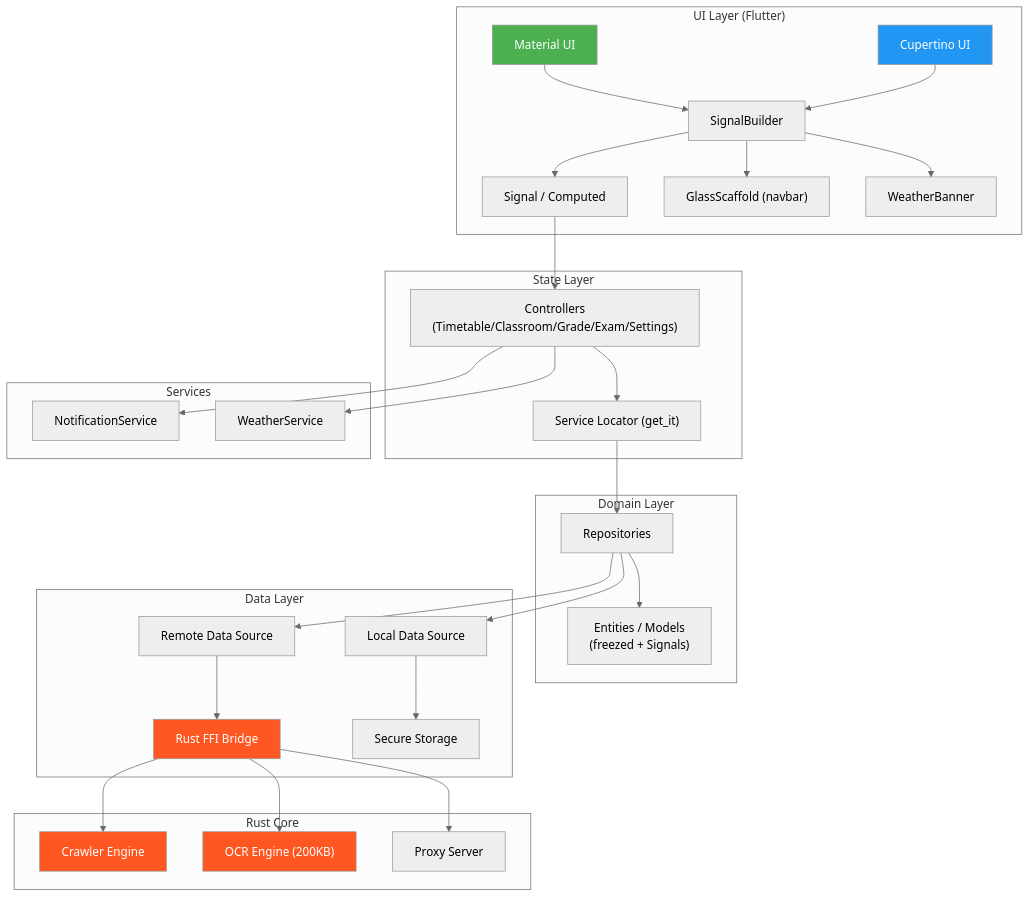
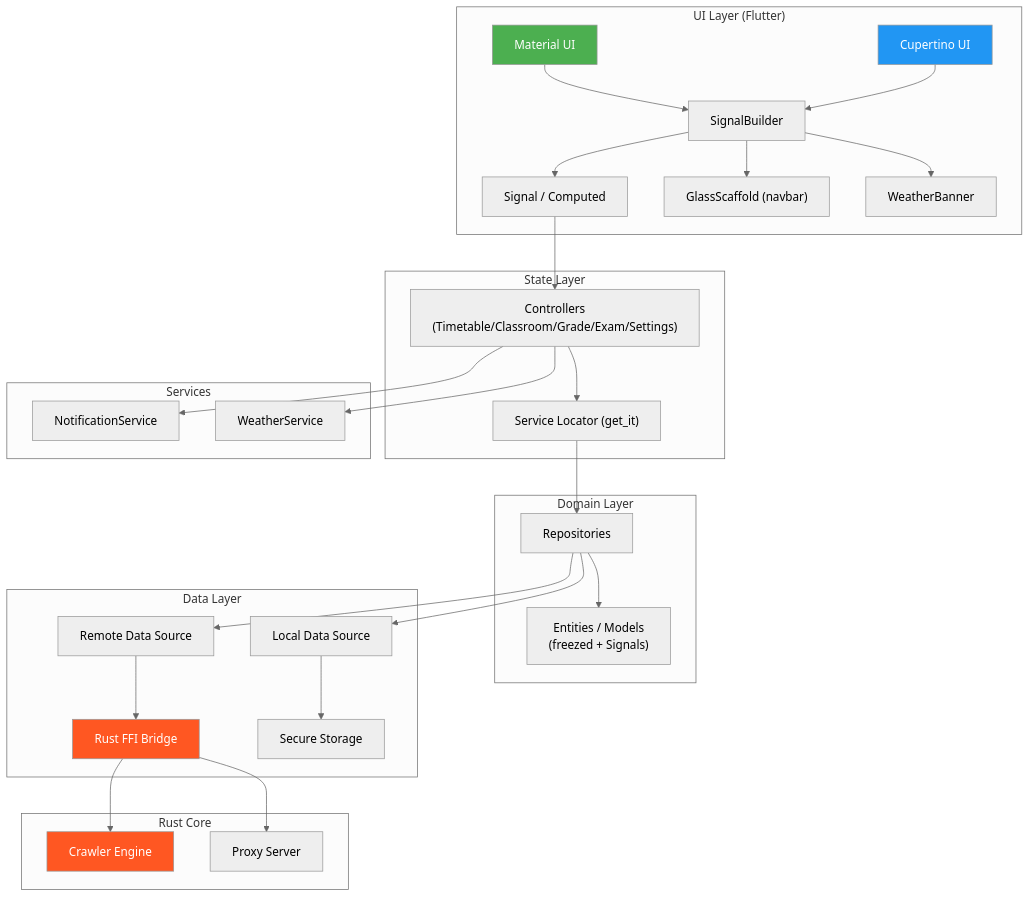
The first of 7 diagrams in README.md (fans963/li_curriculum_table), drawn with Mermaid (neutral theme) before and after one commit. The commit also changed other lines of this file and 118 other files, not shown here.

````diff
--- a/README.md
+++ b/README.md
@@ -32,44 +32,42 @@
 ```mermaid
 graph TB
     subgraph "UI Layer (Flutter)"
         A[Material UI] --> C[SignalBuilder]
         B[Cupertino UI] --> C
         C --> D["Signal / Computed"]
         C --> Gl["GlassScaffold (navbar)"]
         C --> We["WeatherBanner"]
     end
 
     subgraph "State Layer"
         D --> E["Controllers<br/>(Timetable/Classroom/Grade/Exam/Settings)"]
         E --> F["Service Locator (get_it)"]
     end
 
     subgraph "Domain Layer"
         F --> G["Repositories"]
         G --> H["Entities / Models<br/>(freezed + Signals)"]
     end
 
     subgraph "Data Layer"
         G --> I["Remote Data Source"]
         G --> J["Local Data Source"]
         I --> K["Rust FFI Bridge"]
         J --> L["Secure Storage"]
     end
 
     subgraph "Rust Core"
         K --> M[Crawler Engine]
-        K --> N["OCR Engine (200KB)"]
         K --> O[Proxy Server]
     end
 
     subgraph "Services"
         E --> No["NotificationService"]
         E --> We2["WeatherService"]
     end
 
     style A fill:#4CAF50,color:#fff
     style B fill:#2196F3,color:#fff
     style K fill:#FF5722,color:#fff
     style M fill:#FF5722,color:#fff
-    style N fill:#FF5722,color:#fff
 ```
````
